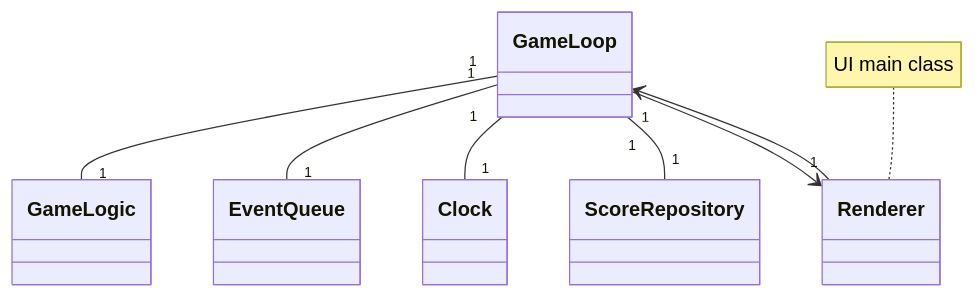
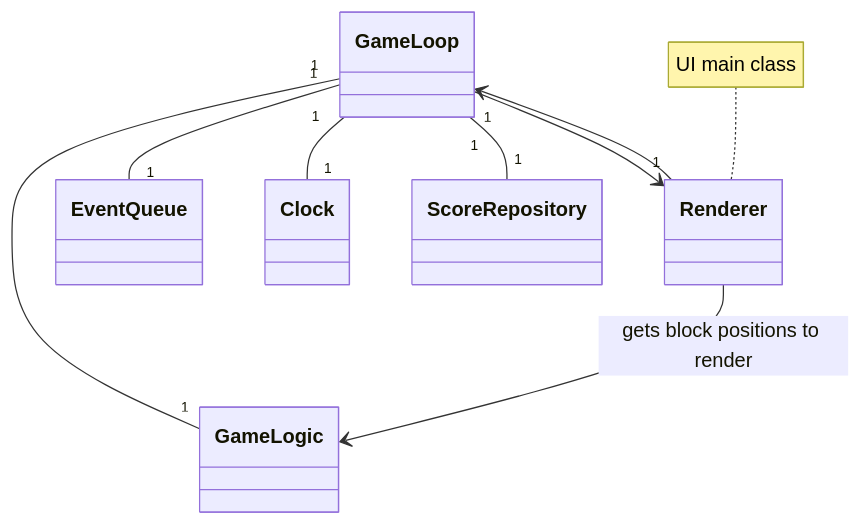
The first of 2 diagrams in dokumentaatio/arkkitehtuuri.md (saimouu/ot-harjoitustyo), drawn with Mermaid before and after one commit. The commit also changed other lines of this file, not shown here.

````diff
--- a/dokumentaatio/arkkitehtuuri.md
+++ b/dokumentaatio/arkkitehtuuri.md
@@ -2,10 +2,11 @@
 ```mermaid
  classDiagram
   GameLoop "1" -- "1" GameLogic
   GameLoop "1" -- "1" EventQueue
   GameLoop "1" -- "1" Clock
   GameLoop "1" -- "1" ScoreRepository
   GameLoop "1" --> "1" Renderer
   Renderer --> GameLoop
   note for Renderer "UI main class"
+  Renderer --> GameLogic : gets block positions to render
 ```
````
